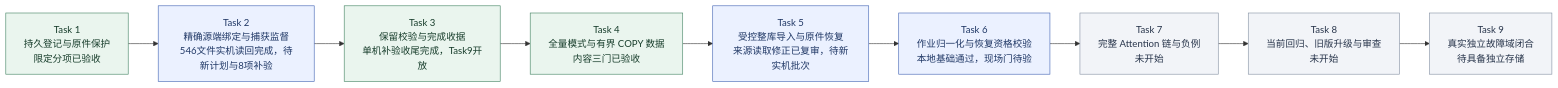
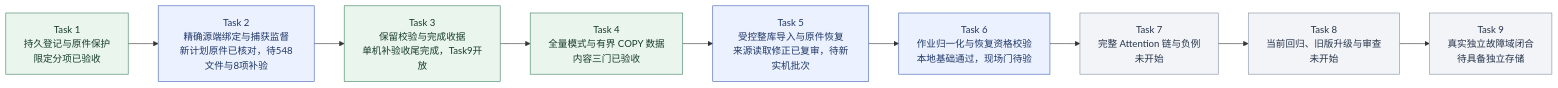
One commit to MansurnamedZhang/learning-system-p0c4 changed the second of 9 diagrams in docs/KnowWeave实施路线与系统架构.md. Above: the diagram before and after it, drawn with Mermaid. The commit also changed other lines of this file and 4 other files, not shown here.

````diff
--- a/docs/KnowWeave实施路线与系统架构.md
+++ b/docs/KnowWeave实施路线与系统架构.md
@@ -72,26 +72,26 @@
 ```mermaid
 flowchart LR
     C4T1["Task 1<br/>持久登记与原件保护<br/>限定分项已验收"]
-    C4T2["Task 2<br/>精确源端绑定与捕获监督<br/>546文件实机读回完成，待新计划与8项补验"]
+    C4T2["Task 2<br/>精确源端绑定与捕获监督<br/>新计划原件已核对，待548文件与8项补验"]
     C4T3["Task 3<br/>保留校验与完成收据<br/>单机补验收尾完成，Task9开放"]
     C4T4["Task 4<br/>全量模式与有界 COPY 数据<br/>内容三门已验收"]
     C4T5["Task 5<br/>受控整库导入与原件恢复<br/>来源读取修正已复审，待新实机批次"]
     C4T6["Task 6<br/>作业归一化与恢复资格校验<br/>本地基础通过，现场门待验"]
     C4T7["Task 7<br/>完整 Attention 链与负例<br/>未开始"]
     C4T8["Task 8<br/>当前回归、旧版升级与审查<br/>未开始"]
     C4T9["Task 9<br/>真实独立故障域闭合<br/>待具备独立存储"]
     C4T1 --> C4T2
     C4T2 --> C4T3
     C4T3 --> C4T4
     C4T4 --> C4T5
     C4T5 --> C4T6
     C4T6 --> C4T7
     C4T7 --> C4T8
     C4T8 --> C4T9
     class C4T1,C4T3,C4T4 done
     class C4T2,C4T5,C4T6 next
     class C4T7,C4T8,C4T9 planned
     classDef done fill:#eaf5ee,stroke:#438363,color:#173d2b
     classDef next fill:#ebf1ff,stroke:#4365b4,color:#203866
     classDef planned fill:#f2f4f8,stroke:#8591a3,color:#28354b
 ```
````
